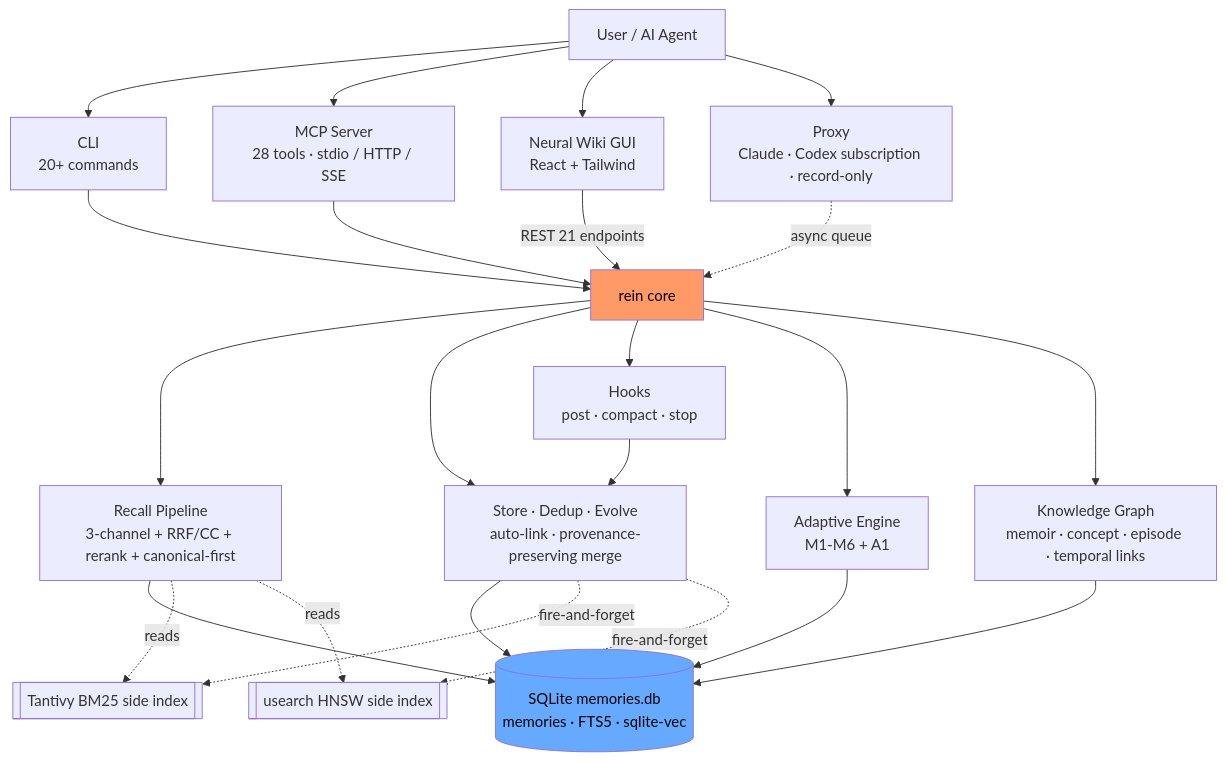
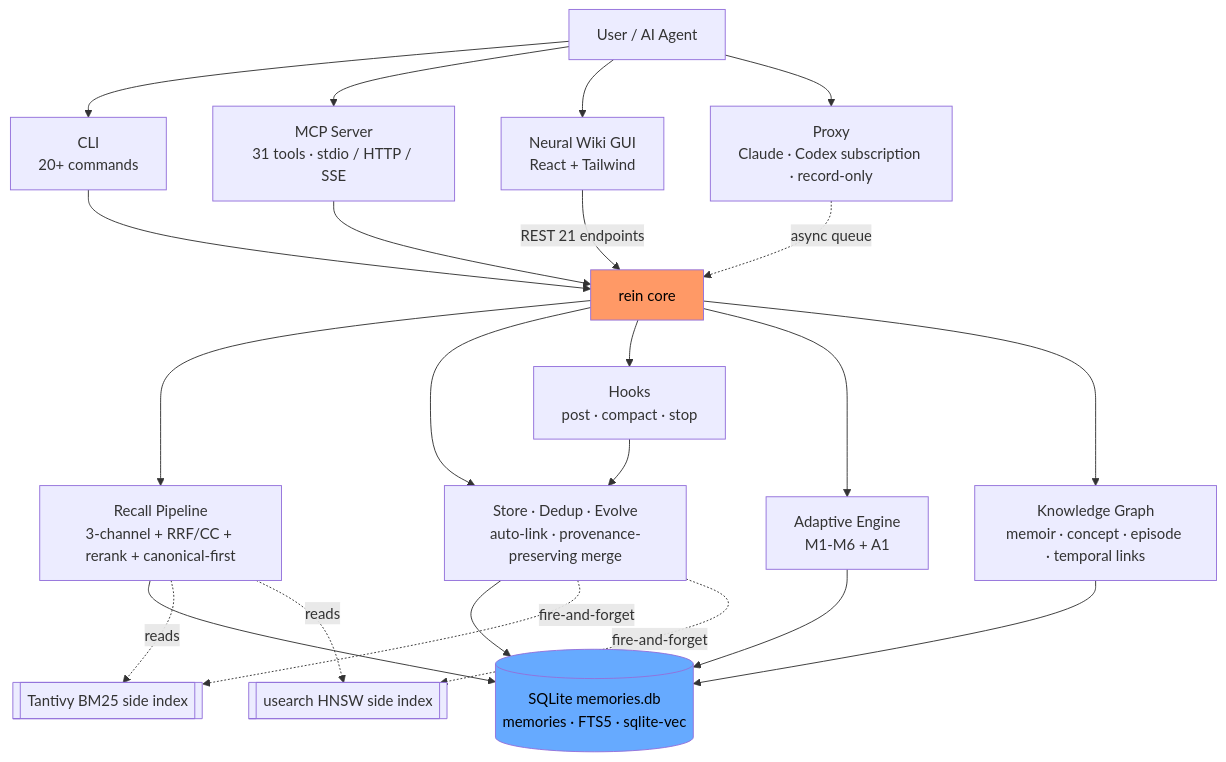
One commit to lyr1cs/rein changed the fourth of 8 diagrams in README.md. Above: the diagram before and after it, drawn with Mermaid. The commit also changed other lines of this file and 3 other files, not shown here.

````diff
--- a/README.md
+++ b/README.md
@@ -795,49 +796,49 @@
 ```mermaid
 flowchart TD
     U[User / AI Agent]
     CLI[CLI\n20+ commands]
-    MCP[MCP Server\n28 tools · stdio / HTTP / SSE]
+    MCP[MCP Server\n31 tools · stdio / HTTP / SSE]
     GUI[Neural Wiki GUI\nReact + Tailwind]
     PXY[Proxy\nClaude · Codex subscription · record-only]
 
     U --> CLI
     U --> MCP
     U --> GUI
     U --> PXY
 
     CORE[rein core]
     CLI --> CORE
     MCP --> CORE
     GUI -->|REST 21 endpoints| CORE
     PXY -.->|async queue| CORE
 
     REC[Recall Pipeline\n3-channel + RRF/CC + rerank + canonical-first]
     ST[Store · Dedup · Evolve\nauto-link · provenance-preserving merge]
     HK[Hooks\npost · compact · stop]
     ADP[Adaptive Engine\nM1-M6 + A1]
     KG[Knowledge Graph\nmemoir · concept · episode · temporal links]
 
     CORE --> REC
     CORE --> ST
     CORE --> HK
     CORE --> ADP
     CORE --> KG
 
     DB[(SQLite memories.db\nmemories · FTS5 · sqlite-vec)]
     TN[[Tantivy BM25 side index]]
     US[[usearch HNSW side index]]
 
     REC --> DB
     ST --> DB
     HK --> ST
     ADP --> DB
     KG --> DB
 
     ST -.fire-and-forget.-> TN
     ST -.fire-and-forget.-> US
     REC -.reads.-> TN
     REC -.reads.-> US
 
     style DB fill:#6af,color:#000
     style CORE fill:#f96,color:#000
 ```
````
